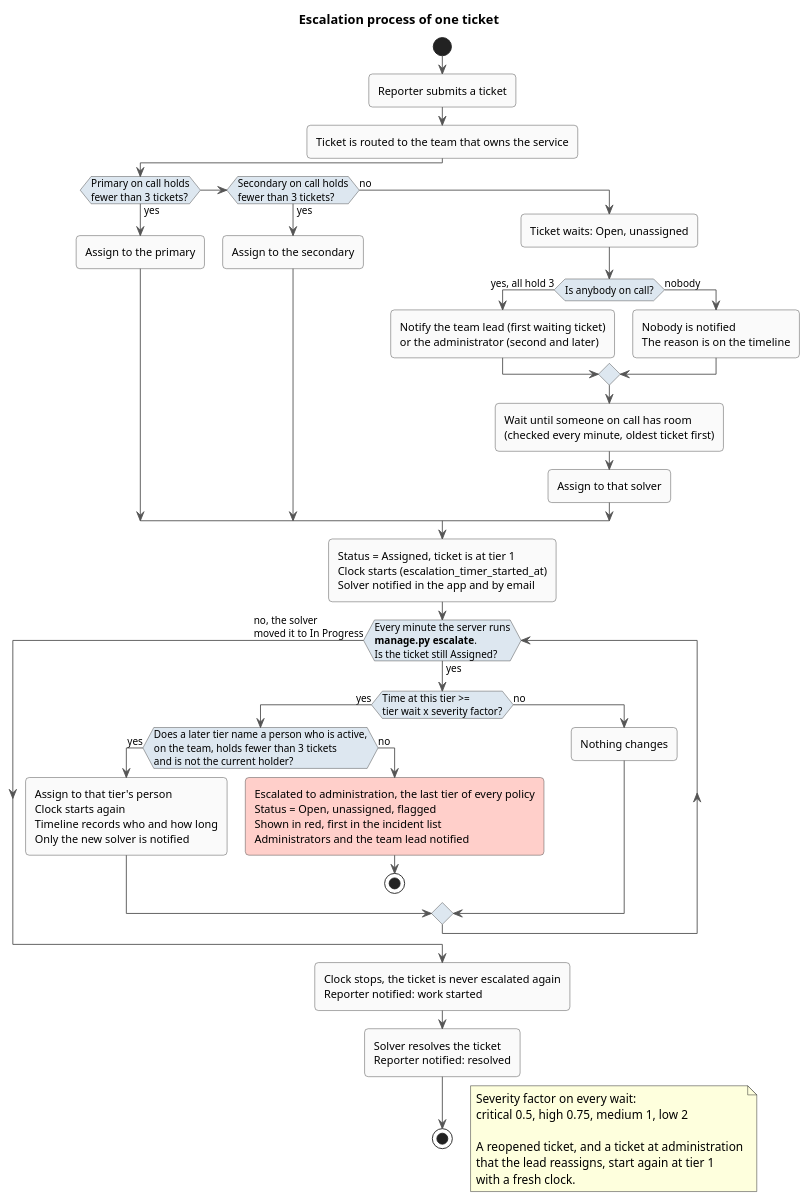
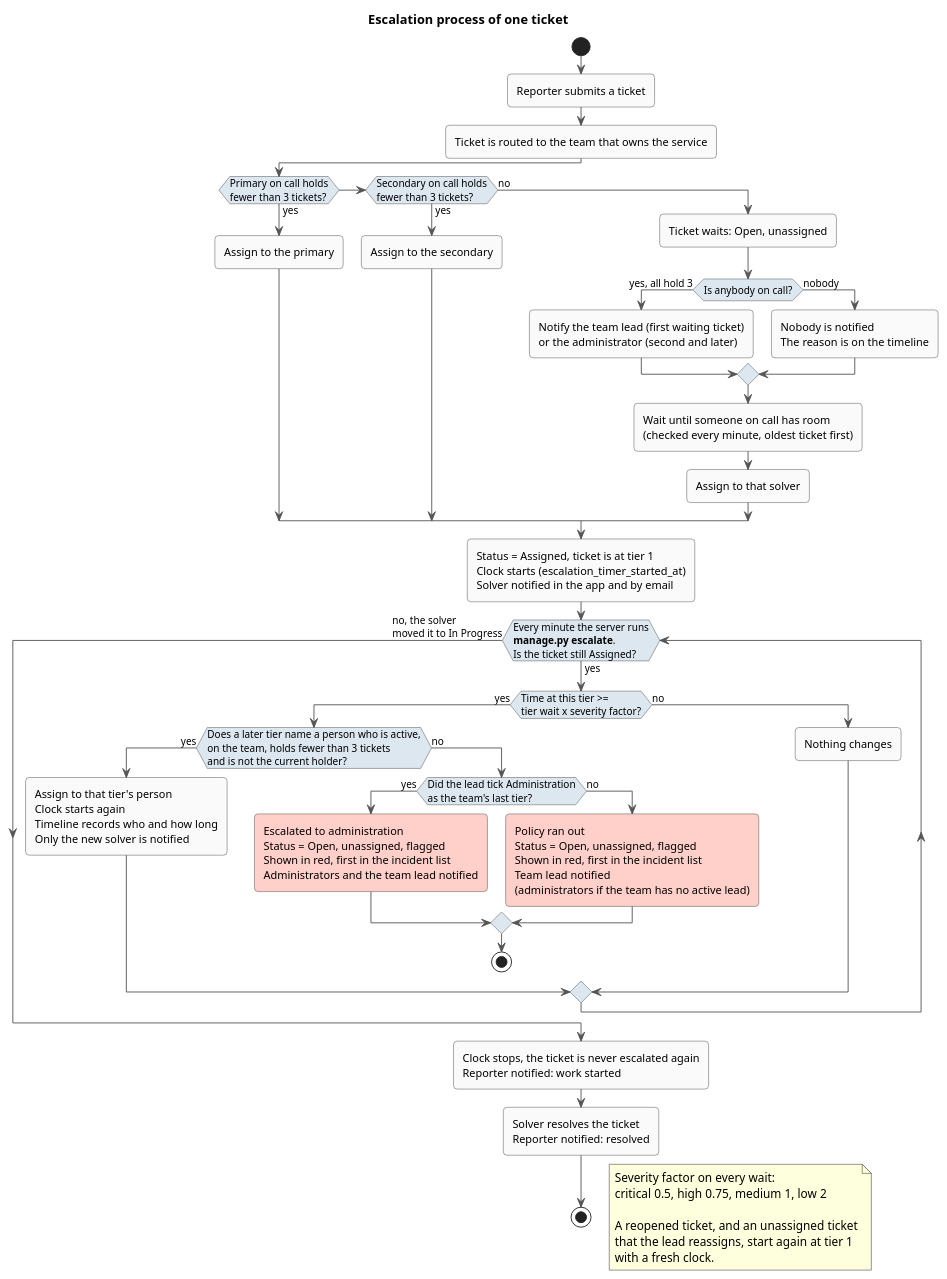
Before and after one commit to ZiedRbd/COSC-3339-Fall-2026-Term-Project: the diagram in docs/escalation-activity.puml, drawn with PlantUML. The commit also changed 3 other files, not shown here.

Commit message:
Docs and diagrams: administration is an optional last tier a lead ticks on the policy page

```diff
--- a/docs/escalation-activity.puml
+++ b/docs/escalation-activity.puml
@@ -1,61 +1,65 @@
 @startuml CampusDesk escalation activity
 skinparam shadowing false
 skinparam roundCorner 8
 skinparam ArrowColor #555555
 skinparam activity {
   BackgroundColor #FAFAFA
   BorderColor #444444
   DiamondBackgroundColor #DDE7F0
   DiamondBorderColor #444444
 }
 
 title Escalation process of one ticket
 
 start
 :Reporter submits a ticket;
 :Ticket is routed to the team that owns the service;
 
 if (Primary on call holds\nfewer than 3 tickets?) then (yes)
   :Assign to the primary;
 elseif (Secondary on call holds\nfewer than 3 tickets?) then (yes)
   :Assign to the secondary;
 else (no)
   :Ticket waits: Open, unassigned;
   if (Is anybody on call?) then (yes, all hold 3)
     :Notify the team lead (first waiting ticket)\nor the administrator (second and later);
   else (nobody)
     :Nobody is notified\nThe reason is on the timeline;
   endif
   :Wait until someone on call has room\n(checked every minute, oldest ticket first);
   :Assign to that solver;
 endif
 
 :Status = Assigned, ticket is at tier 1\nClock starts (escalation_timer_started_at)\nSolver notified in the app and by email;
 
 while (Every minute the server runs\n**manage.py escalate**.\nIs the ticket still Assigned?) is (yes)
   if (Time at this tier >=\ntier wait x severity factor?) then (yes)
     if (Does a later tier name a person who is active,\non the team, holds fewer than 3 tickets\nand is not the current holder?) then (yes)
       :Assign to that tier's person\nClock starts again\nTimeline records who and how long\nOnly the new solver is notified;
     else (no)
-      #FFCFCA:Escalated to administration, the last tier of every policy\nStatus = Open, unassigned, flagged\nShown in red, first in the incident list\nAdministrators and the team lead notified;
+      if (Did the lead tick Administration\nas the team's last tier?) then (yes)
+        #FFCFCA:Escalated to administration\nStatus = Open, unassigned, flagged\nShown in red, first in the incident list\nAdministrators and the team lead notified;
+      else (no)
+        #FFCFCA:Policy ran out\nStatus = Open, unassigned, flagged\nShown in red, first in the incident list\nTeam lead notified\n(administrators if the team has no active lead);
+      endif
       stop
     endif
   else (no)
     :Nothing changes;
   endif
 endwhile (no, the solver\nmoved it to In Progress)
 
 :Clock stops, the ticket is never escalated again\nReporter notified: work started;
 :Solver resolves the ticket\nReporter notified: resolved;
 stop
 
 floating note right
   Severity factor on every wait:
   critical 0.5, high 0.75, medium 1, low 2
 
-  A reopened ticket, and a ticket at administration
+  A reopened ticket, and an unassigned ticket
   that the lead reassigns, start again at tier 1
   with a fresh clock.
 end note
 
 @enduml
```
